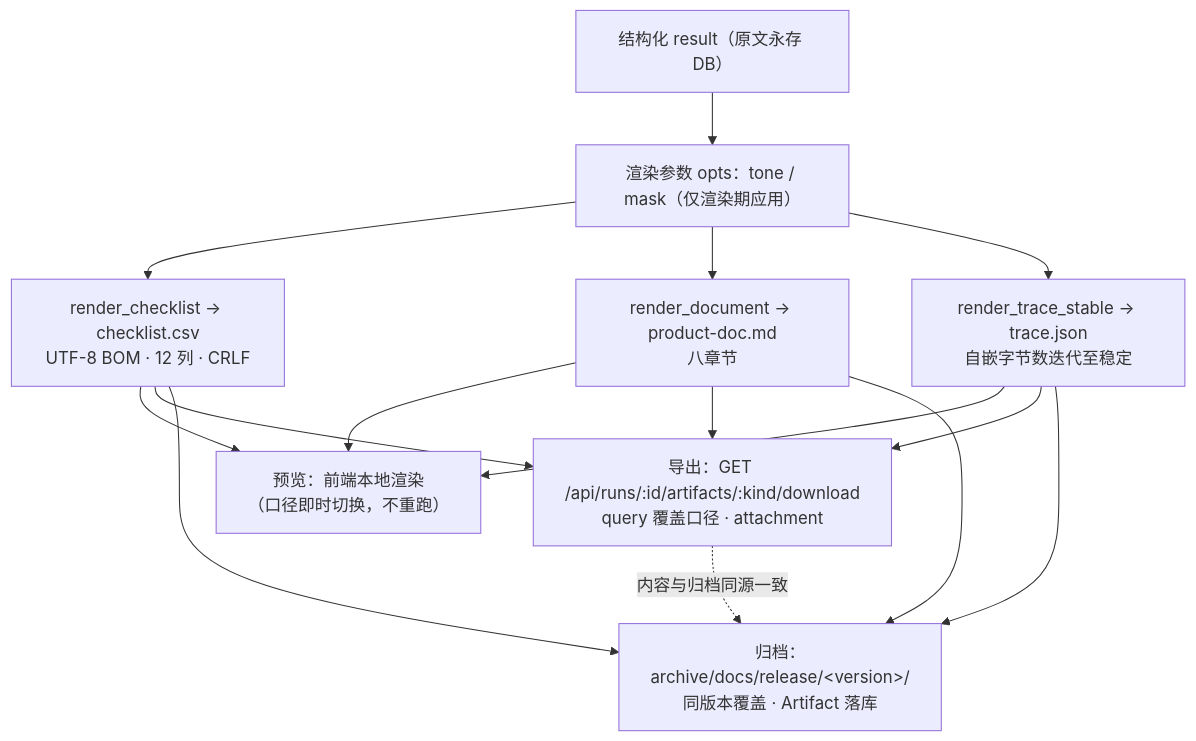
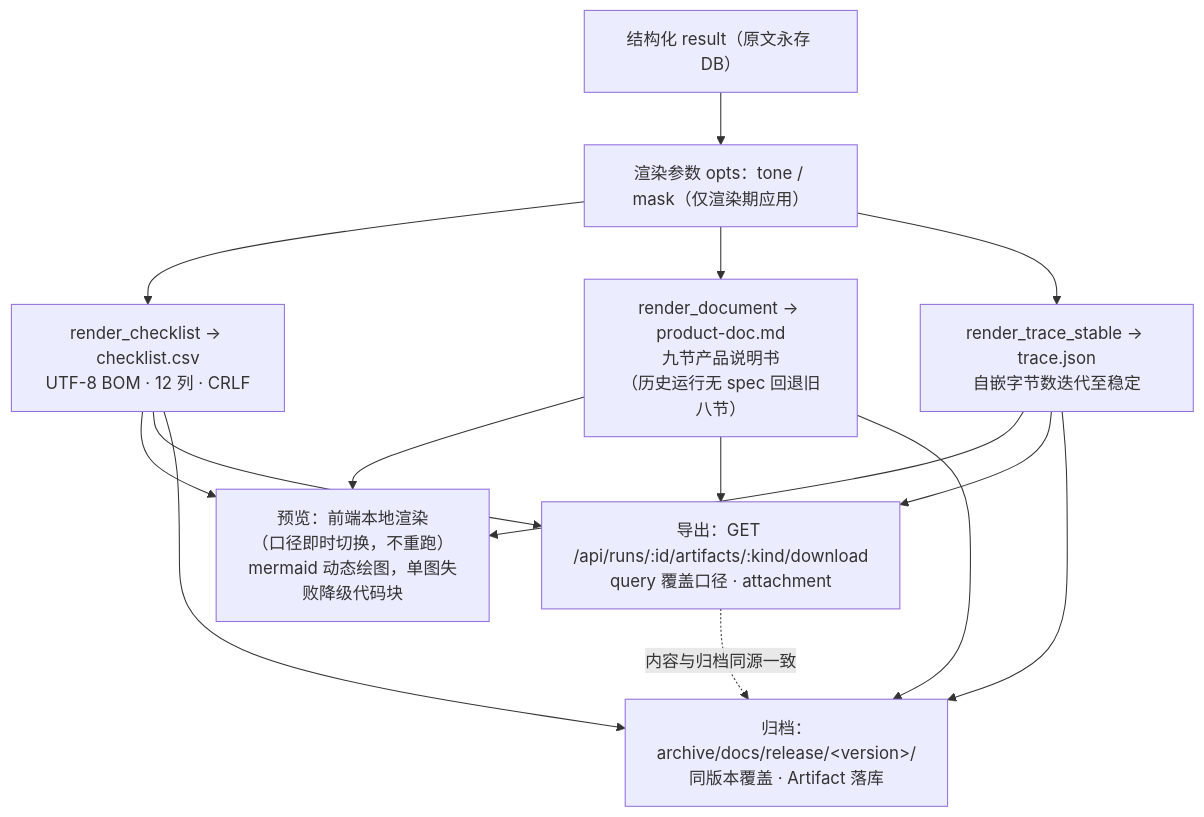
Before and after one commit to Jimmy-CH/ai-practice: the seventh of 9 diagrams in doc-release/docs/产品说明.md, drawn with Mermaid. The commit also changed other lines of this file and 22 other files, not shown here.

````diff
--- a/doc-release/docs/产品说明.md
+++ b/doc-release/docs/产品说明.md
@@ -276,25 +280,25 @@
 ```mermaid
 flowchart TD
     R["结构化 result（原文永存 DB）"]
     O["渲染参数 opts：tone / mask（仅渲染期应用）"]
     C1["render_checklist → checklist.csv<br/>UTF-8 BOM · 12 列 · CRLF"]
-    C2["render_document → product-doc.md<br/>八章节"]
+    C2["render_document → product-doc.md<br/>九节产品说明书<br/>（历史运行无 spec 回退旧八节）"]
     C3["render_trace_stable → trace.json<br/>自嵌字节数迭代至稳定"]
-    P1["预览：前端本地渲染<br/>（口径即时切换，不重跑）"]
+    P1["预览：前端本地渲染<br/>（口径即时切换，不重跑）<br/>mermaid 动态绘图，单图失败降级代码块"]
     P2["导出：GET /api/runs/:id/artifacts/:kind/download<br/>query 覆盖口径 · attachment"]
     P3["归档：archive/docs/release/&lt;version&gt;/<br/>同版本覆盖 · Artifact 落库"]
     R --> O
     O --> C1
     O --> C2
     O --> C3
     C1 --> P1
     C2 --> P1
     C3 --> P1
     C1 --> P2
     C2 --> P2
     C3 --> P2
     C1 --> P3
     C2 --> P3
     C3 --> P3
     P2 -. 内容与归档同源一致 .-> P3
 ```
````
